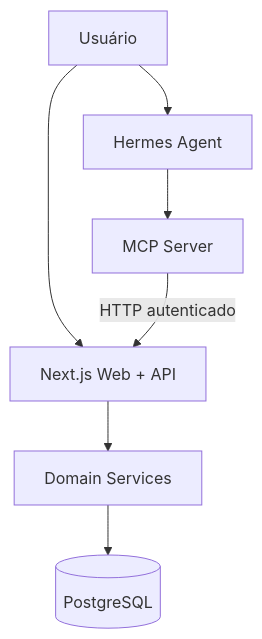
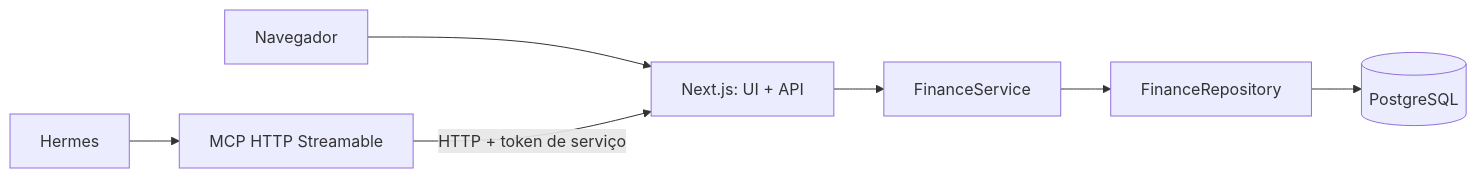
One commit to gdsantana/marvin-project changed the diagram in ARCHITECTURE.md. Above: the diagram before and after it, drawn with Mermaid. The commit also changed other lines of this file and 153 other files, not shown here.

First line of the commit message:
feat: implement finance MVP and responsive web UI

````diff
--- a/ARCHITECTURE.md
+++ b/ARCHITECTURE.md
@@ -23,9 +9,9 @@
 ```mermaid
-flowchart TB
-  USER["Usuário"] --> WEB["Next.js Web + API"]
-  USER --> HERMES["Hermes Agent"]
-  HERMES --> MCP["MCP Server"]
-  MCP -->|"HTTP autenticado"| WEB
-  WEB --> DOMAIN["Domain Services"]
-  DOMAIN --> POSTGRES[("PostgreSQL")]
+flowchart LR
+  Browser["Navegador"] --> Web["Next.js: UI + API"]
+  Hermes["Hermes"] --> MCP["MCP HTTP Streamable"]
+  MCP -->|"HTTP + token de serviço"| Web
+  Web --> Domain["FinanceService"]
+  Domain --> Repository["FinanceRepository"]
+  Repository --> PostgreSQL[("PostgreSQL")]
 ```
````
